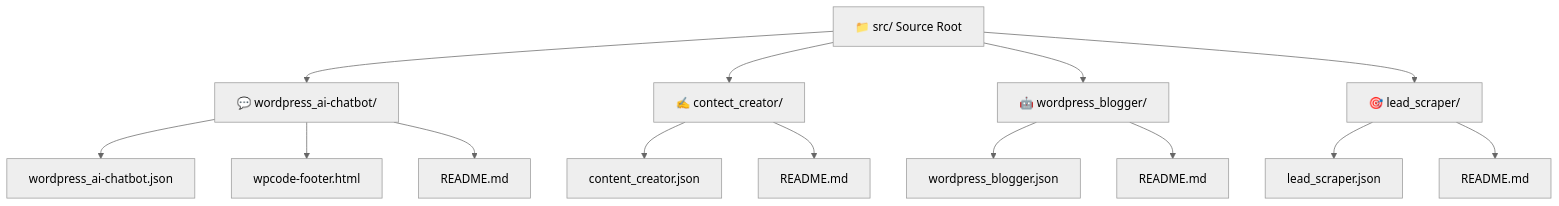
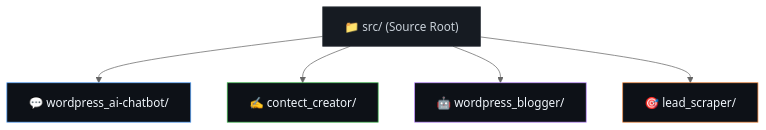
Before and after one commit to beydah/N8N-AI-Agent: the diagram in src/README.md, drawn with Mermaid (neutral theme). The commit also changed 7 other files, not shown here.

Commit message:
style: redesign SVGs and Mermaid charts for GitHub dark SaaS theme

````diff
--- a/src/README.md
+++ b/src/README.md
@@ -17,20 +17,14 @@
 ```mermaid
 graph TD
-    Source["📁 src/ Source Root"] --> Chatbot["💬 wordpress_ai-chatbot/"]
+    Source["📁 src/ (Source Root)"]
+    Source --> Chatbot["💬 wordpress_ai-chatbot/"]
     Source --> Content["✍️ contect_creator/"]
     Source --> Blogger["🤖 wordpress_blogger/"]
     Source --> Leads["🎯 lead_scraper/"]
 
-    Chatbot --> ChatbotJson["wordpress_ai-chatbot.json"]
-    Chatbot --> ChatbotHtml["wpcode-footer.html"]
-    Chatbot --> ChatbotReadme["README.md"]
-
-    Content --> ContentJson["content_creator.json"]
-    Content --> ContentReadme["README.md"]
-
-    Blogger --> BloggerJson["wordpress_blogger.json"]
-    Blogger --> BloggerReadme["README.md"]
-
-    Leads --> LeadsJson["lead_scraper.json"]
-    Leads --> LeadsReadme["README.md"]
+    style Source fill:#161b22,stroke:#30363d,color:#c9d1d9
+    style Chatbot fill:#0d1117,stroke:#58a6ff,color:#f0f6fc
+    style Blogger fill:#0d1117,stroke:#bc8cff,color:#f0f6fc
+    style Content fill:#0d1117,stroke:#3fb950,color:#f0f6fc
+    style Leads fill:#0d1117,stroke:#f0883e,color:#f0f6fc
 ```
````
